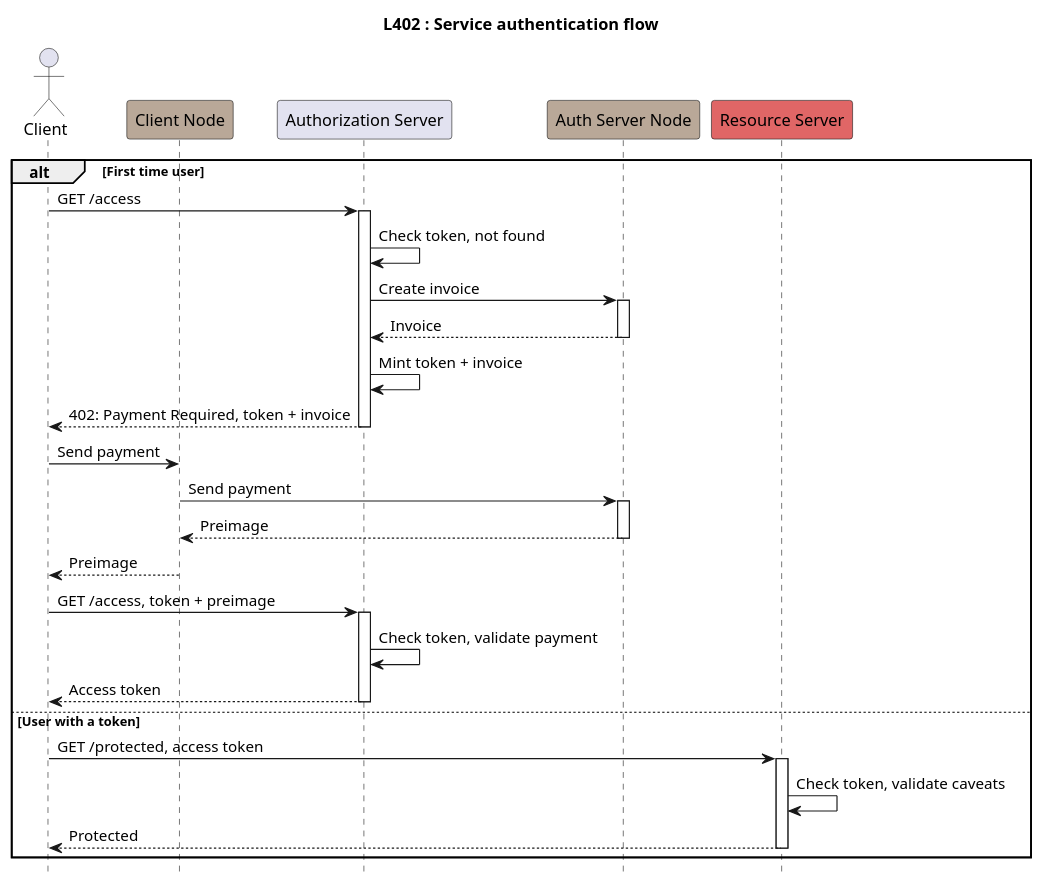
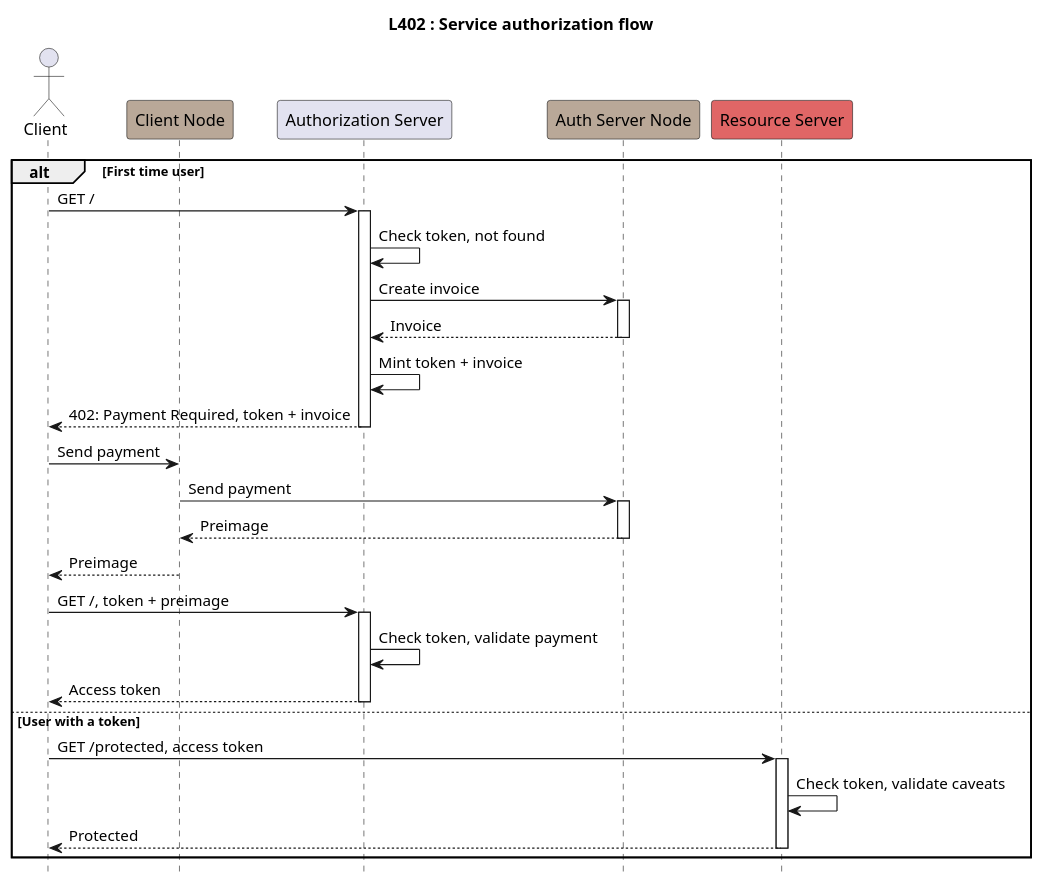
One commit to Byzantium-ETS/lsat changed the diagram in CONTRIBUTING/Authentication.puml. Above: the diagram before and after it, drawn with PlantUML. The commit also changed 15 other files, not shown here.

Commit message:
feat: issue a service token once the lsat is authentified

```diff
--- a/CONTRIBUTING/Authentication.puml
+++ b/CONTRIBUTING/Authentication.puml
@@ -1,46 +1,46 @@
 @startuml
-title L402 : Service authentication flow
+title L402 : Service authorization flow
 
 hide stereotype
 hide empty members
 hide footbox
 
 actor Client as C
 participant "Client Node" as CNode #B9A898
 participant "Authorization Server" as Auth
 participant "Auth Server Node" as SNode  #B9A898
 participant "Resource Server" as Res #e06666
 
 alt First time user
-  C -> Auth: GET /access
+  C -> Auth: GET /
   activate Auth
     Auth -> Auth: Check token, not found
     Auth -> SNode: Create invoice
     activate SNode
       Auth <-- SNode: Invoice
     deactivate SNode
     Auth -> Auth: Mint token + invoice
     C <-- Auth: 402: Payment Required, token + invoice
   deactivate Auth
   C -> CNode: Send payment
   CNode -> SNode: Send payment
   activate SNode
     CNode <-- SNode: Preimage
   deactivate SNode
   C <-- CNode: Preimage
-  C -> Auth: GET /access, token + preimage
+  C -> Auth: GET /, token + preimage
   activate Auth
     Auth -> Auth: Check token, validate payment
     C <-- Auth: Access token
   deactivate Auth
 
 else User with a token
   C -> Res: GET /protected, access token
   activate Res
     Res -> Res: Check token, validate caveats
     C <-- Res: Protected
   deactivate Res
 
 end
 
 @enduml
```
